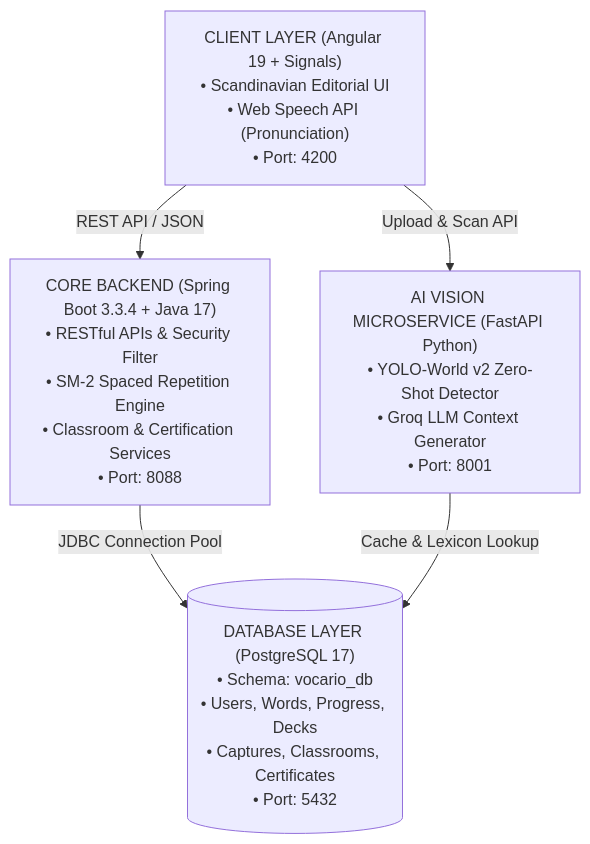
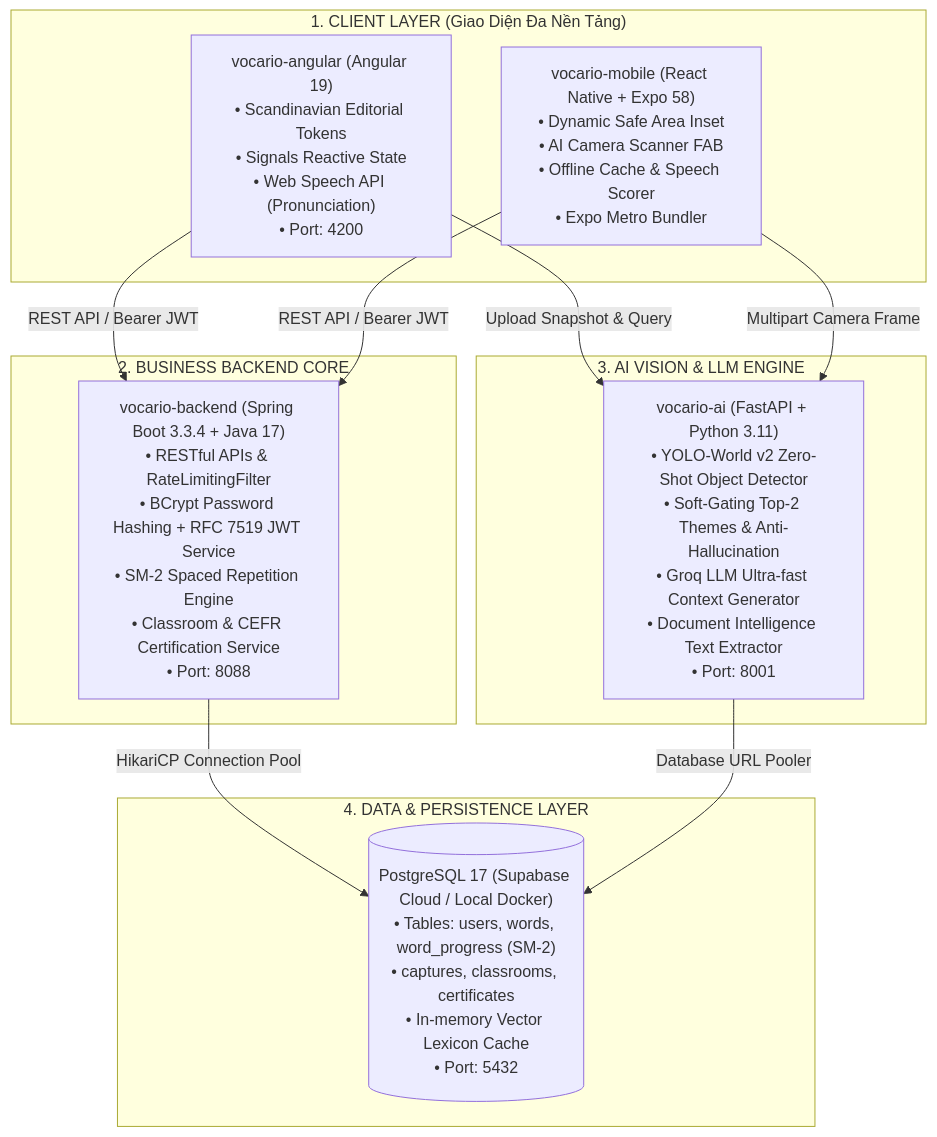
One commit to lehoainamvn/vocario-ai-vocabulary-platform changed the diagram in README.md. Above: the diagram before and after it, drawn with Mermaid. The commit also changed other lines of this file, not shown here.

Commit message:
docs(readme): upgrade comprehensive enterprise portfolio documentation with multi-tier architecture and security specifications

````diff
--- a/README.md
+++ b/README.md
@@ -48,15 +51,26 @@
 ```mermaid
 graph TD
-    Client["CLIENT LAYER (Angular 19 + Signals)<br/>• Scandinavian Editorial UI<br/>• Web Speech API (Pronunciation)<br/>• Port: 4200"]
-    
-    BackendCore["CORE BACKEND (Spring Boot 3.3.4 + Java 17)<br/>• RESTful APIs & Security Filter<br/>• SM-2 Spaced Repetition Engine<br/>• Classroom & Certification Services<br/>• Port: 8088"]
-    
-    AIEngine["AI VISION MICROSERVICE (FastAPI Python)<br/>• YOLO-World v2 Zero-Shot Detector<br/>• Groq LLM Context Generator<br/>• Port: 8001"]
-    
-    Database[("DATABASE LAYER (PostgreSQL 17)<br/>• Schema: vocario_db<br/>• Users, Words, Progress, Decks<br/>• Captures, Classrooms, Certificates<br/>• Port: 5432")]
+    subgraph CLIENT_LAYER ["1. CLIENT LAYER (Giao Diện Đa Nền Tảng)"]
+        WebClient["vocario-angular (Angular 19)<br/>• Scandinavian Editorial Tokens<br/>• Signals Reactive State<br/>• Web Speech API (Pronunciation)<br/>• Port: 4200"]
+        MobileClient["vocario-mobile (React Native + Expo 58)<br/>• Dynamic Safe Area Inset<br/>• AI Camera Scanner FAB<br/>• Offline Cache & Speech Scorer<br/>• Expo Metro Bundler"]
+    end
 
-    Client -->|REST API / JSON| BackendCore
-    Client -->|Upload & Scan API| AIEngine
-    BackendCore -->|JDBC Connection Pool| Database
-    AIEngine -->|Cache & Lexicon Lookup| Database
+    subgraph API_GATEWAY ["2. BUSINESS BACKEND CORE"]
+        BackendCore["vocario-backend (Spring Boot 3.3.4 + Java 17)<br/>• RESTful APIs & RateLimitingFilter<br/>• BCrypt Password Hashing + RFC 7519 JWT Service<br/>• SM-2 Spaced Repetition Engine<br/>• Classroom & CEFR Certification Service<br/>• Port: 8088"]
+    end
+
+    subgraph AI_MICROSERVICE ["3. AI VISION & LLM ENGINE"]
+        AIEngine["vocario-ai (FastAPI + Python 3.11)<br/>• YOLO-World v2 Zero-Shot Object Detector<br/>• Soft-Gating Top-2 Themes & Anti-Hallucination<br/>• Groq LLM Ultra-fast Context Generator<br/>• Document Intelligence Text Extractor<br/>• Port: 8001"]
+    end
+
+    subgraph DATA_LAYER ["4. DATA & PERSISTENCE LAYER"]
+        Database[("PostgreSQL 17 (Supabase Cloud / Local Docker)<br/>• Tables: users, words, word_progress (SM-2)<br/>• captures, classrooms, certificates<br/>• In-memory Vector Lexicon Cache<br/>• Port: 5432")]
+    end
+
+    WebClient -->|REST API / Bearer JWT| BackendCore
+    MobileClient -->|REST API / Bearer JWT| BackendCore
+    WebClient -->|Upload Snapshot & Query| AIEngine
+    MobileClient -->|Multipart Camera Frame| AIEngine
+    BackendCore -->|HikariCP Connection Pool| Database
+    AIEngine -->|Database URL Pooler| Database
 ```
````
